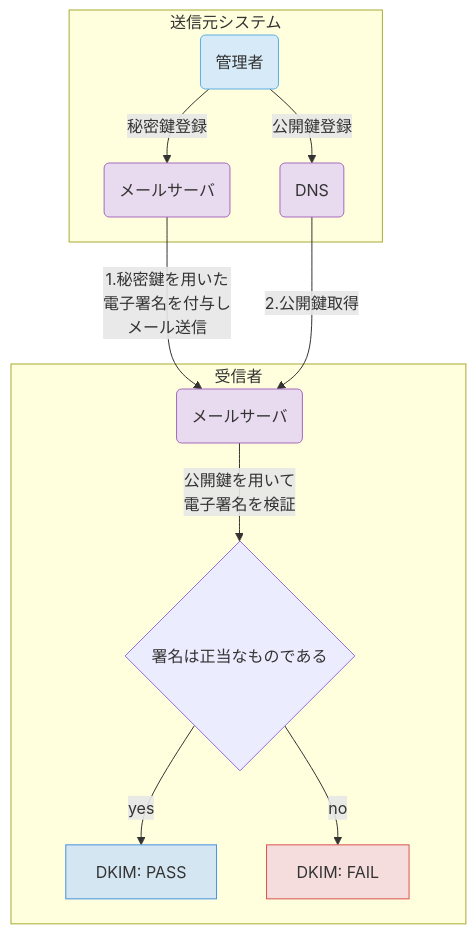
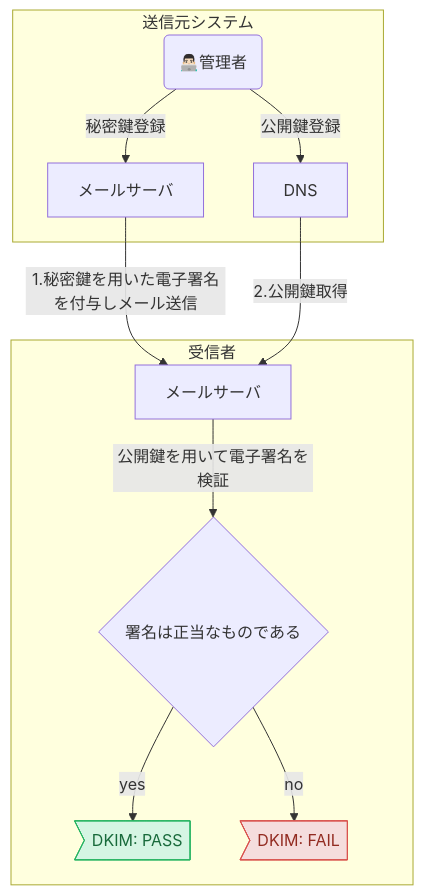
The second of 7 diagrams in documents/forMail/mail_guidelines.md (future-architect/arch-guidelines), drawn with Mermaid before and after one commit. The commit also changed other lines of this file, not shown here.

````diff
--- a/documents/forMail/mail_guidelines.md
+++ b/documents/forMail/mail_guidelines.md
@@ -126,23 +125,22 @@
 ```mermaid
 graph TB
-    classDef actor fill:#D6EAF8,stroke:#5DADE2;
-    classDef server fill:#E8DAEF,stroke:#A569BD;
-    classDef ok fill:#D4E6F1,stroke:#4A90E2;
-    classDef ng fill:#F5DDDD,stroke:#D9534F;
-    senderServer -->|1.秘密鍵を用いた<br>電子署名を付与し<br>メール送信| receiverServer
+    classDef ok fill:#D5F5E3,stroke:#28B463,color:#186A3B;
+    classDef ng fill:#F5DDDD,stroke:#D9534F,color:#922B21;
+
+    senderServer -->|1.秘密鍵を用いた電子署名を付与しメール送信| receiverServer
     senderDNS -->|2.公開鍵取得| receiverServer
 
     subgraph "受信者"
-        receiverServer(メールサーバ):::server
-        receiverServer -->|公開鍵を用いて<br>電子署名を検証| dkimResult{署名は正当なものである}
-        dkimResult -->|yes| dkimPass[DKIM: PASS]:::ok
-        dkimResult -->|no| dkimFail[DKIM: FAIL]:::ng
+        receiverServer[メールサーバ]:::server
+        receiverServer -->|公開鍵を用いて電子署名を検証| dkimResult{署名は正当なものである}
+        dkimResult -->|yes| dkimPass>DKIM: PASS]:::ok
+        dkimResult -->|no| dkimFail>DKIM: FAIL]:::ng
     end
     subgraph "送信元システム"
-        admin(管理者):::actor
-        senderServer(メールサーバ):::server
-        senderDNS(DNS):::server
+        admin(👨🏻‍💻管理者):::actor
+        senderServer[メールサーバ]:::server
+        senderDNS[DNS]:::server
         admin -->|公開鍵登録| senderDNS
         admin -->|秘密鍵登録| senderServer
     end
 ```
````
